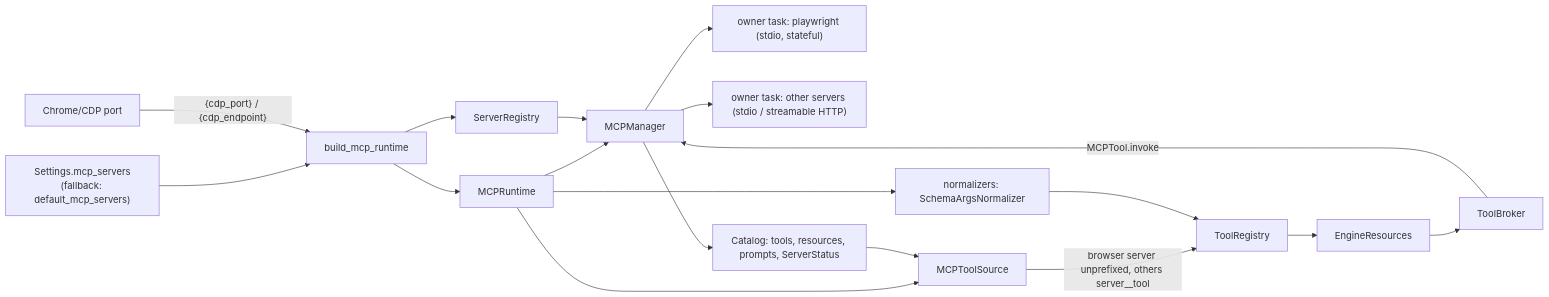
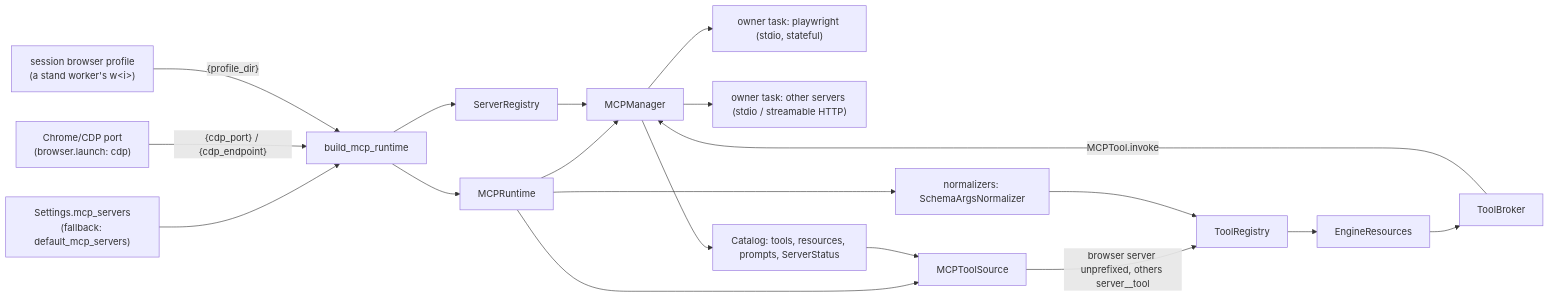
Before and after one commit to Hastur456/AutoBrowser: the first of 2 diagrams in docs/diagrams/mcp-runtime.md, drawn with Mermaid. The commit also changed other lines of this file and 11 other files, not shown here.

First line of the commit message:
docs(diagrams): fix broken Mermaid diagrams and redraw the tangled ones

````diff
--- a/docs/diagrams/mcp-runtime.md
+++ b/docs/diagrams/mcp-runtime.md
@@ -7,20 +7,21 @@
 ```mermaid
 flowchart LR
   Settings["Settings.mcp_servers<br/>(fallback: default_mcp_servers)"] --> Build[build_mcp_runtime]
-  Chrome[Chrome/CDP port] -->|"{cdp_port} / {cdp_endpoint}"| Build
+  Chrome["Chrome/CDP port<br/>(browser.launch: cdp)"] -->|"{cdp_port} / {cdp_endpoint}"| Build
+  Profile["session browser profile<br/>(a stand worker's w&lt;i&gt;)"] -->|"{profile_dir}"| Build
   Build --> Registry[ServerRegistry]
   Build --> Runtime[MCPRuntime]
   Runtime --> Manager[MCPManager]
   Registry --> Manager
   Manager --> Conn1["owner task: playwright (stdio, stateful)"]
   Manager --> ConnN["owner task: other servers (stdio / streamable HTTP)"]
   Manager --> Catalog[Catalog: tools, resources, prompts, ServerStatus]
   Runtime --> Source[MCPToolSource]
   Catalog --> Source
   Source -->|"browser server unprefixed, others server__tool"| Registry2[ToolRegistry]
   Runtime --> Norm["normalizers: SchemaArgsNormalizer"]
   Norm --> Registry2
   Registry2 --> Resources[EngineResources]
   Resources --> Broker[ToolBroker]
   Broker -->|MCPTool.invoke| Manager
 ```
````
